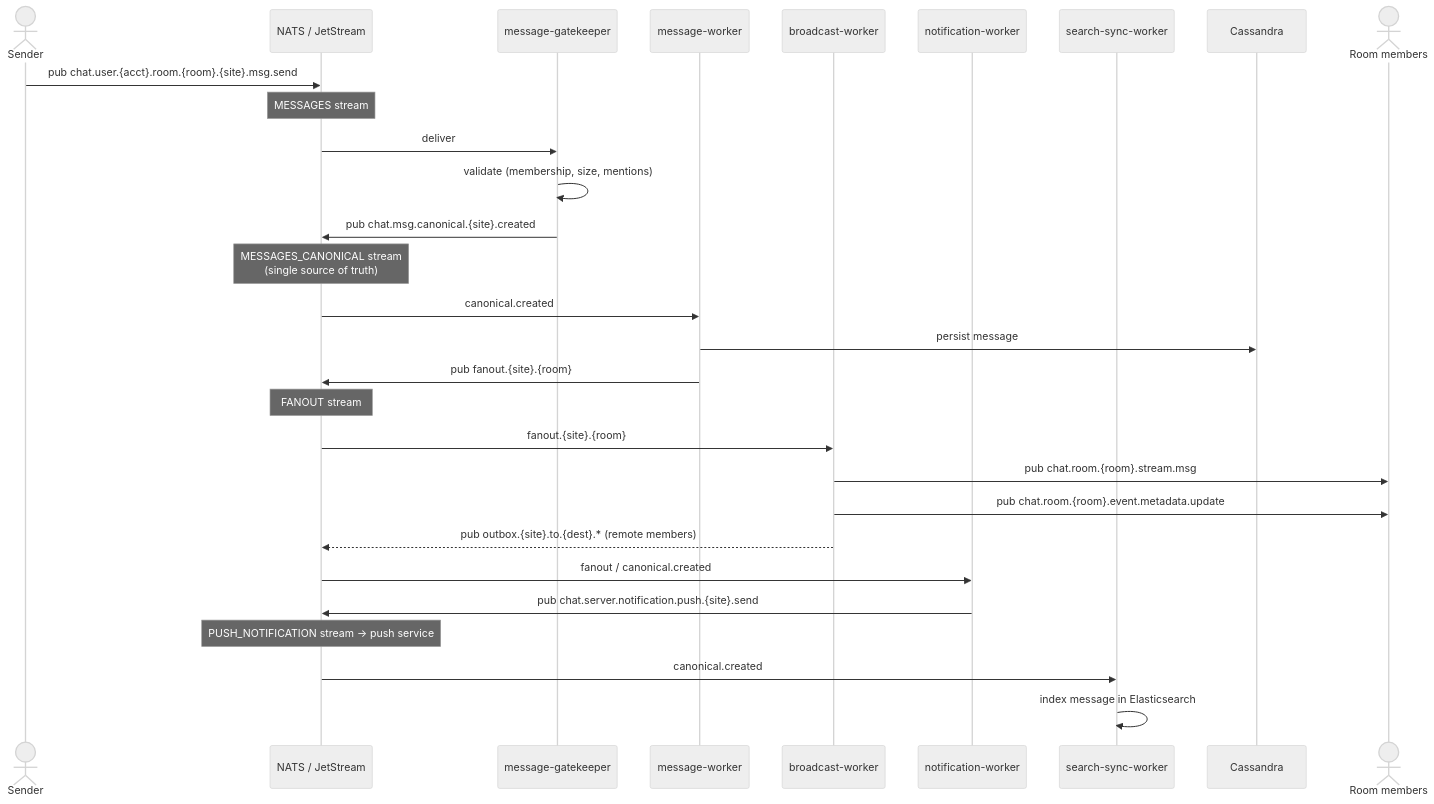
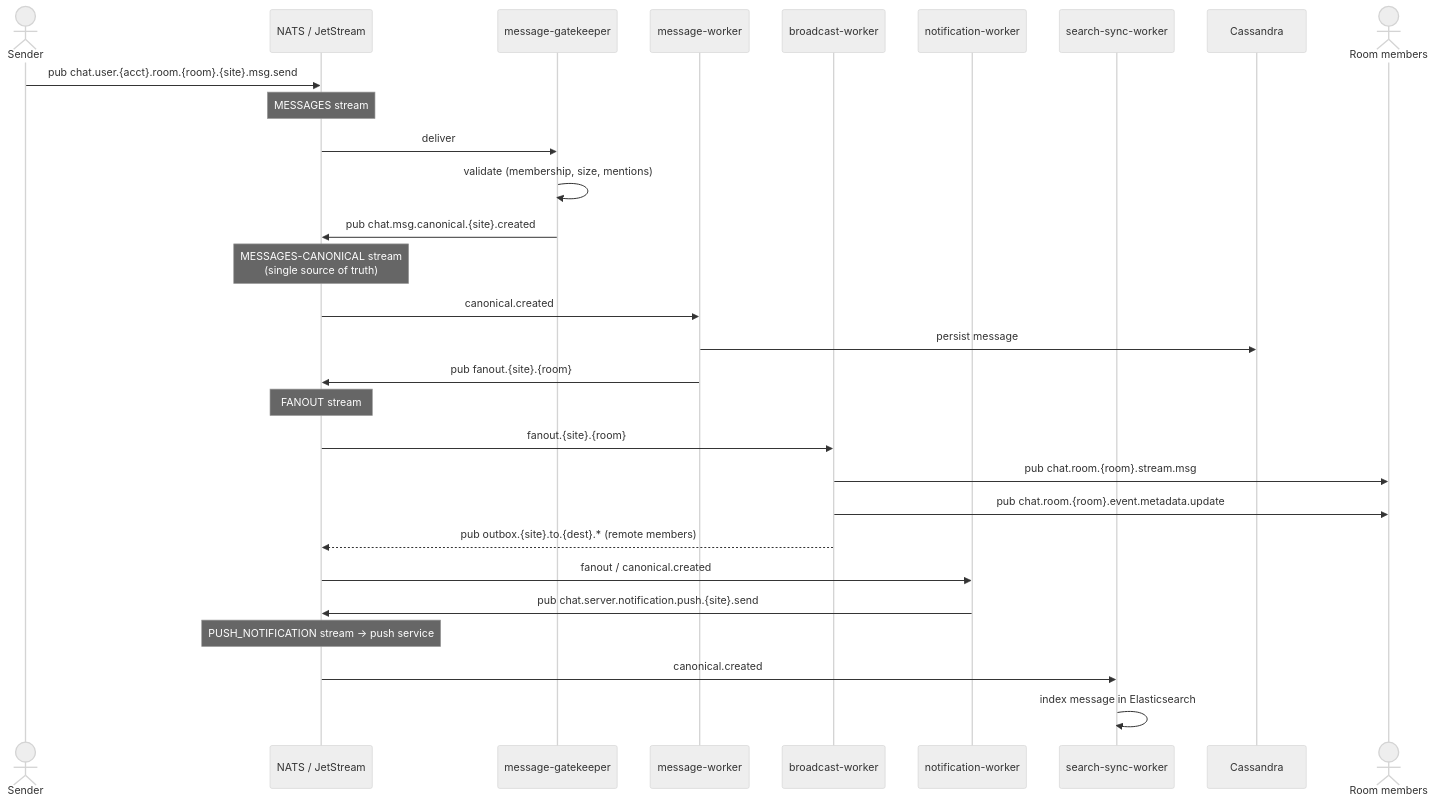
Before and after one commit to hmchangw/newchat: the third of 5 diagrams in docs/architecture.md, drawn with Mermaid (neutral theme). The commit also changed other lines of this file and 89 other files, not shown here.

````diff
--- a/docs/architecture.md
+++ b/docs/architecture.md
@@ -152,36 +152,36 @@
 ```mermaid
 sequenceDiagram
     actor Sender
     participant NATS as NATS / JetStream
     participant GK as message-gatekeeper
     participant MW as message-worker
     participant BW as broadcast-worker
     participant NW as notification-worker
     participant SS as search-sync-worker
     participant Cass as Cassandra
     actor Members as Room members
 
     Sender->>NATS: pub chat.user.{acct}.room.{room}.{site}.msg.send
     Note over NATS: MESSAGES stream
     NATS->>GK: deliver
     GK->>GK: validate (membership, size, mentions)
     GK->>NATS: pub chat.msg.canonical.{site}.created
-    Note over NATS: MESSAGES_CANONICAL stream<br/>(single source of truth)
+    Note over NATS: MESSAGES-CANONICAL stream<br/>(single source of truth)
 
     NATS->>MW: canonical.created
     MW->>Cass: persist message
     MW->>NATS: pub fanout.{site}.{room}
     Note over NATS: FANOUT stream
 
     NATS->>BW: fanout.{site}.{room}
     BW->>Members: pub chat.room.{room}.stream.msg
     BW->>Members: pub chat.room.{room}.event.metadata.update
     BW-->>NATS: pub outbox.{site}.to.{dest}.* (remote members)
 
     NATS->>NW: fanout / canonical.created
     NW->>NATS: pub chat.server.notification.push.{site}.send
     Note over NATS: PUSH_NOTIFICATION stream → push service
 
     NATS->>SS: canonical.created
     SS->>SS: index message in Elasticsearch
 ```
````
